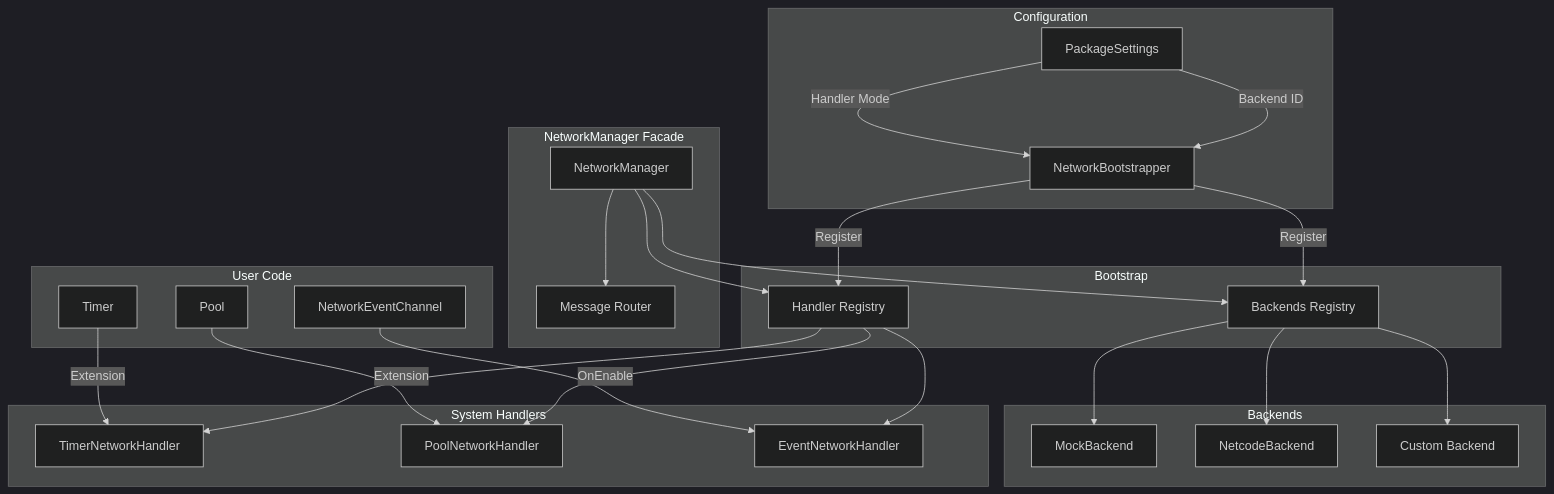
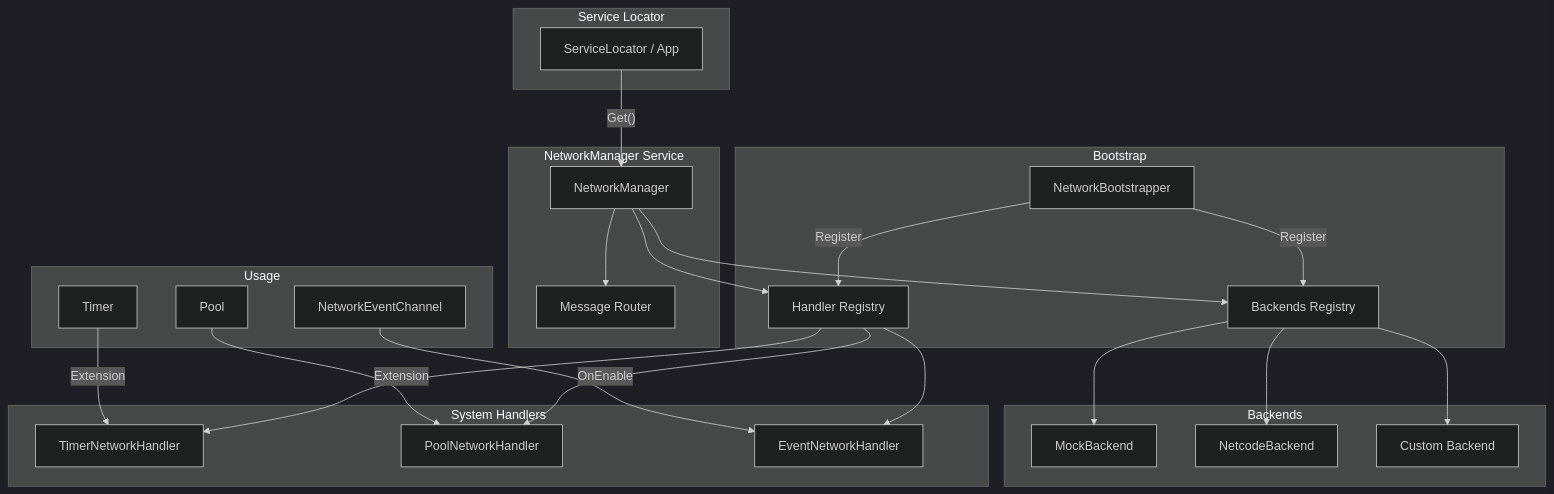
Before and after one commit to eraflo/UnityImportPackage: the diagram in Documentation~/Networking.md, drawn with Mermaid (dark theme). The commit also changed other lines of this file and 79 other files, not shown here.

````diff
--- a/Documentation~/Networking.md
+++ b/Documentation~/Networking.md
@@ -7,39 +7,38 @@
 ```mermaid
 graph TB
-    subgraph "Configuration"
-        PS[PackageSettings]
-        PS --> |Backend ID| NB
-        PS --> |Handler Mode| NB
+    subgraph "Service Locator"
+        SL["ServiceLocator / App"]
     end
 
     subgraph "Bootstrap"
         NB[NetworkBootstrapper]
         NB --> |Register| BR
         NB --> |Register| HR
     end
 
-    subgraph "NetworkManager Facade"
+    subgraph "NetworkManager Service"
         NM[NetworkManager]
         NM --> BR[Backends Registry]
         NM --> MR[Message Router]
         NM --> HR[Handler Registry]
     end
 
     subgraph "Backends"
         BR --> MB[MockBackend]
         BR --> NCB[NetcodeBackend]
         BR --> CB[Custom Backend]
     end
 
     subgraph "System Handlers"
         HR --> TH[TimerNetworkHandler]
         HR --> PH[PoolNetworkHandler]
         HR --> EH[EventNetworkHandler]
     end
 
-    subgraph "User Code"
+    subgraph "Usage"
+        SL -- "Get<NetworkManager>()" --> NM
         T[Timer] --> |Extension| TH
         P[Pool] --> |Extension| PH
         E[NetworkEventChannel] --> |OnEnable| EH
     end
 ```
````
